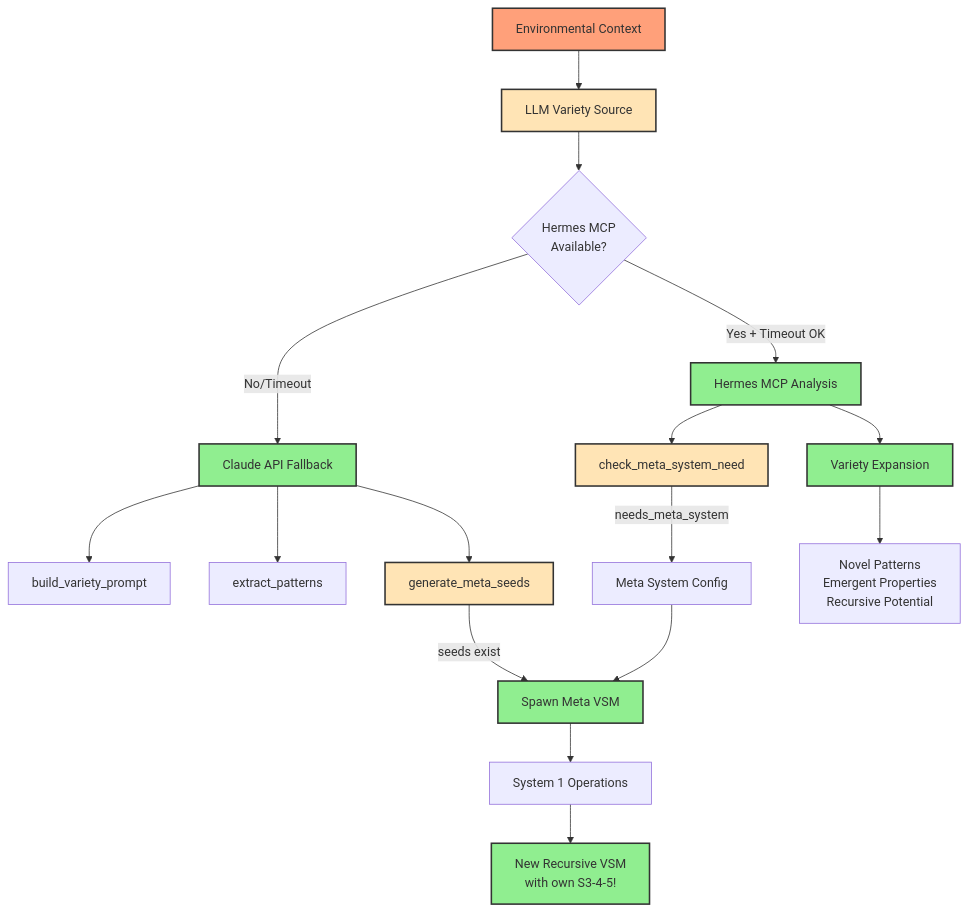
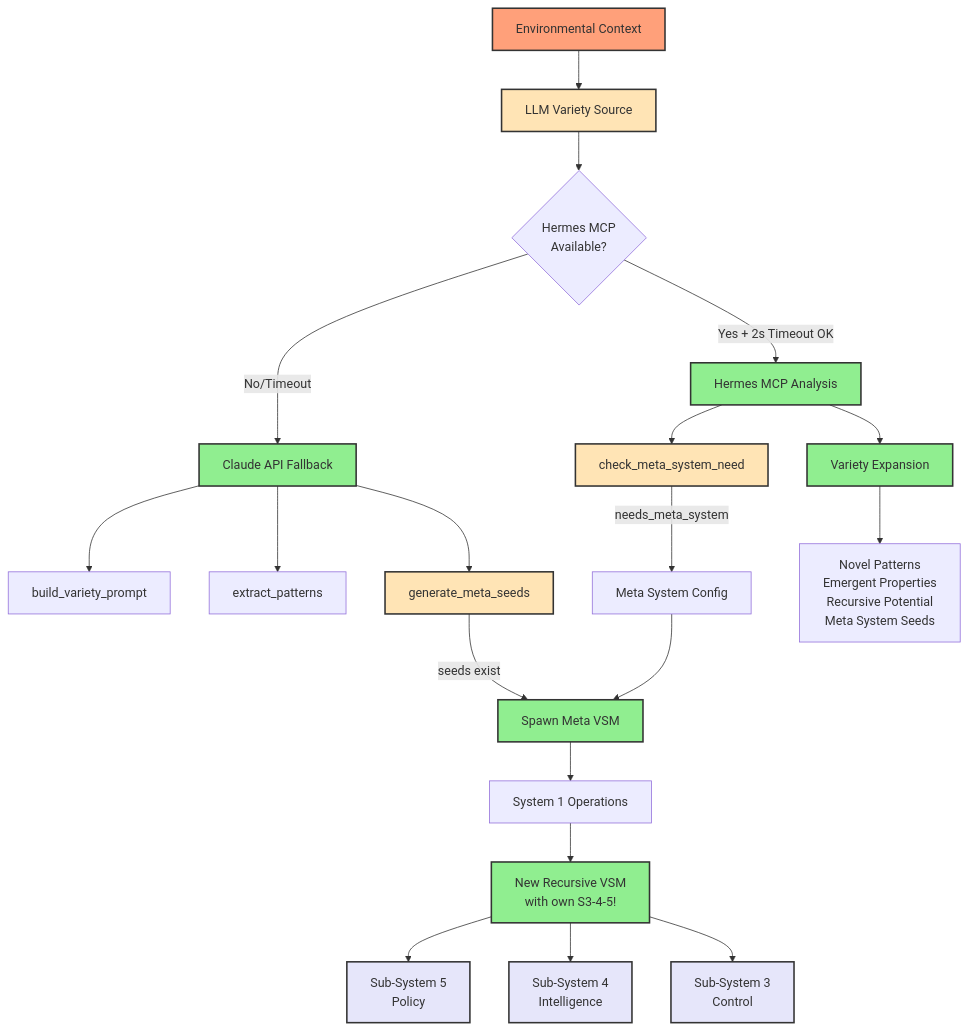
Before and after one commit to jmanhype/vsm-phoenix-app: the third of 9 diagrams in docs/diagrams/10_environmental_scanning.md, drawn with Mermaid. The commit also changed other lines of this file and 1 other file, not shown here.

First line of the commit message:
Rewrite environmental scanning diagram with comprehensive detail

````diff
--- a/docs/diagrams/10_environmental_scanning.md
+++ b/docs/diagrams/10_environmental_scanning.md
@@ -123,33 +125,39 @@
 ```mermaid
 graph TB
     Context[Environmental Context] --> LLMVariety[LLM Variety Source]
     
     LLMVariety --> HermesCheck{Hermes MCP<br/>Available?}
     
-    HermesCheck -->|Yes + Timeout OK| HermesAnalysis[Hermes MCP Analysis]
+    HermesCheck -->|Yes + 2s Timeout OK| HermesAnalysis[Hermes MCP Analysis]
     HermesCheck -->|No/Timeout| ClaudeFallback[Claude API Fallback]
     
     HermesAnalysis --> VarietyExpansion[Variety Expansion]
     HermesAnalysis --> MetaCheck[check_meta_system_need]
     
     ClaudeFallback --> Prompt[build_variety_prompt]
     ClaudeFallback --> ExtractPatterns[extract_patterns]
     ClaudeFallback --> MetaSeeds[generate_meta_seeds]
     
     MetaCheck -->|needs_meta_system| MetaConfig[Meta System Config]
     MetaSeeds -->|seeds exist| MetaSpawn[Spawn Meta VSM]
     
-    VarietyExpansion --> Results[Novel Patterns<br/>Emergent Properties<br/>Recursive Potential]
+    VarietyExpansion --> Results[Novel Patterns<br/>Emergent Properties<br/>Recursive Potential<br/>Meta System Seeds]
     MetaConfig --> MetaSpawn
     
     MetaSpawn --> S1[System 1 Operations]
     S1 --> RecursiveVSM[New Recursive VSM<br/>with own S3-4-5!]
     
+    RecursiveVSM --> SubS5[Sub-System 5<br/>Policy]
+    RecursiveVSM --> SubS4[Sub-System 4<br/>Intelligence]
+    RecursiveVSM --> SubS3[Sub-System 3<br/>Control]
+    
     classDef implemented fill:#90EE90,stroke:#333,stroke-width:2px
     classDef optional fill:#FFE4B5,stroke:#333,stroke-width:2px
     classDef simulated fill:#FFA07A,stroke:#333,stroke-width:2px
+    classDef meta fill:#E6E6FA,stroke:#333,stroke-width:2px
     
     class HermesAnalysis,ClaudeFallback,VarietyExpansion,MetaSpawn,RecursiveVSM implemented
     class LLMVariety,MetaCheck,MetaSeeds optional
     class Context simulated
+    class SubS5,SubS4,SubS3 meta
 ```
````
